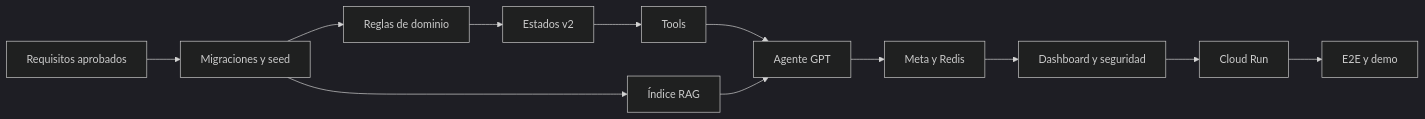
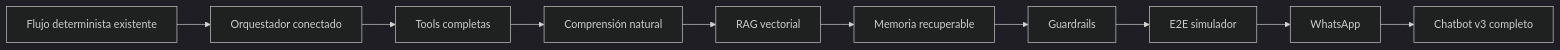
One commit to CLOG-U/credibot-prueba changed the fourth of 4 diagrams in plan.md. Above: the diagram before and after it, drawn with Mermaid (dark theme). The commit also changed other lines of this file, not shown here.

```diff
--- a/plan.md
+++ b/plan.md
@@ -438,14 +727,12 @@
 ~~~mermaid
 flowchart LR
-    A[Requisitos aprobados] --> B[Migraciones y seed]
-    B --> C[Reglas de dominio]
-    C --> D[Estados v2]
-    D --> E[Tools]
-    E --> F[Agente GPT]
-    B --> G[Índice RAG]
-    G --> F
-    F --> H[Meta y Redis]
-    H --> I[Dashboard y seguridad]
-    I --> J[Cloud Run]
-    J --> K[E2E y demo]
+    A[Flujo determinista existente] --> B[Orquestador conectado]
+    B --> C[Tools completas]
+    C --> D[Comprensión natural]
+    D --> E[RAG vectorial]
+    E --> F[Memoria recuperable]
+    F --> G[Guardrails]
+    G --> H[E2E simulador]
+    H --> I[WhatsApp]
+    I --> J[Chatbot v3 completo]
 ~~~
```
